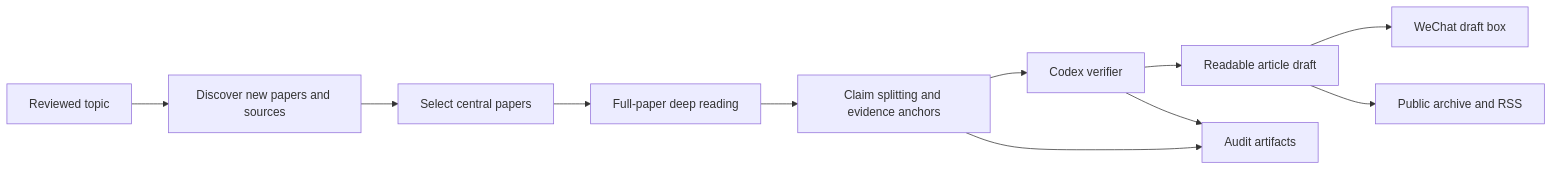
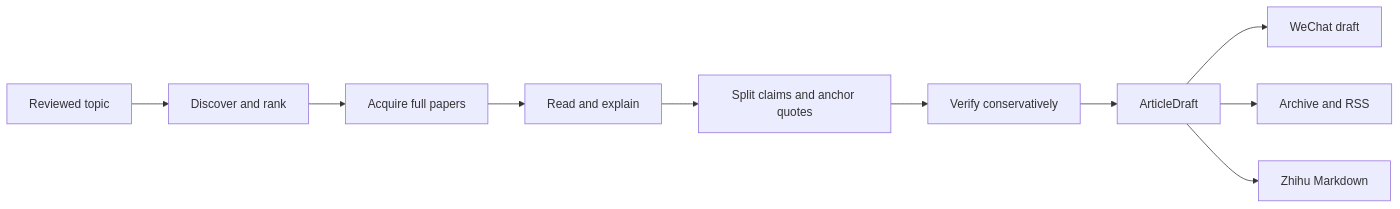
The diagram in README.md (SleepyLGod/research-radar), drawn with Mermaid before and after one commit. The commit also changed other lines of this file and 5 other files, not shown here.

````diff
--- a/README.md
+++ b/README.md
@@ -26,13 +31,12 @@
 ```mermaid
 flowchart LR
-    A["Reviewed topic"] --> B["Discover new papers and sources"]
-    B --> C["Select central papers"]
-    C --> D["Full-paper deep reading"]
-    D --> E["Claim splitting and evidence anchors"]
-    E --> F["Codex verifier"]
-    F --> G["Readable article draft"]
-    G --> H["WeChat draft box"]
-    G --> J["Public archive and RSS"]
-    E --> I["Audit artifacts"]
-    F --> I
+    A["Reviewed topic"] --> B["Discover and rank"]
+    B --> C["Acquire full papers"]
+    C --> D["Read and explain"]
+    D --> E["Split claims and anchor quotes"]
+    E --> F["Verify conservatively"]
+    F --> G["ArticleDraft"]
+    G --> H["WeChat draft"]
+    G --> I["Archive and RSS"]
+    G --> J["Zhihu Markdown"]
 ```
````
